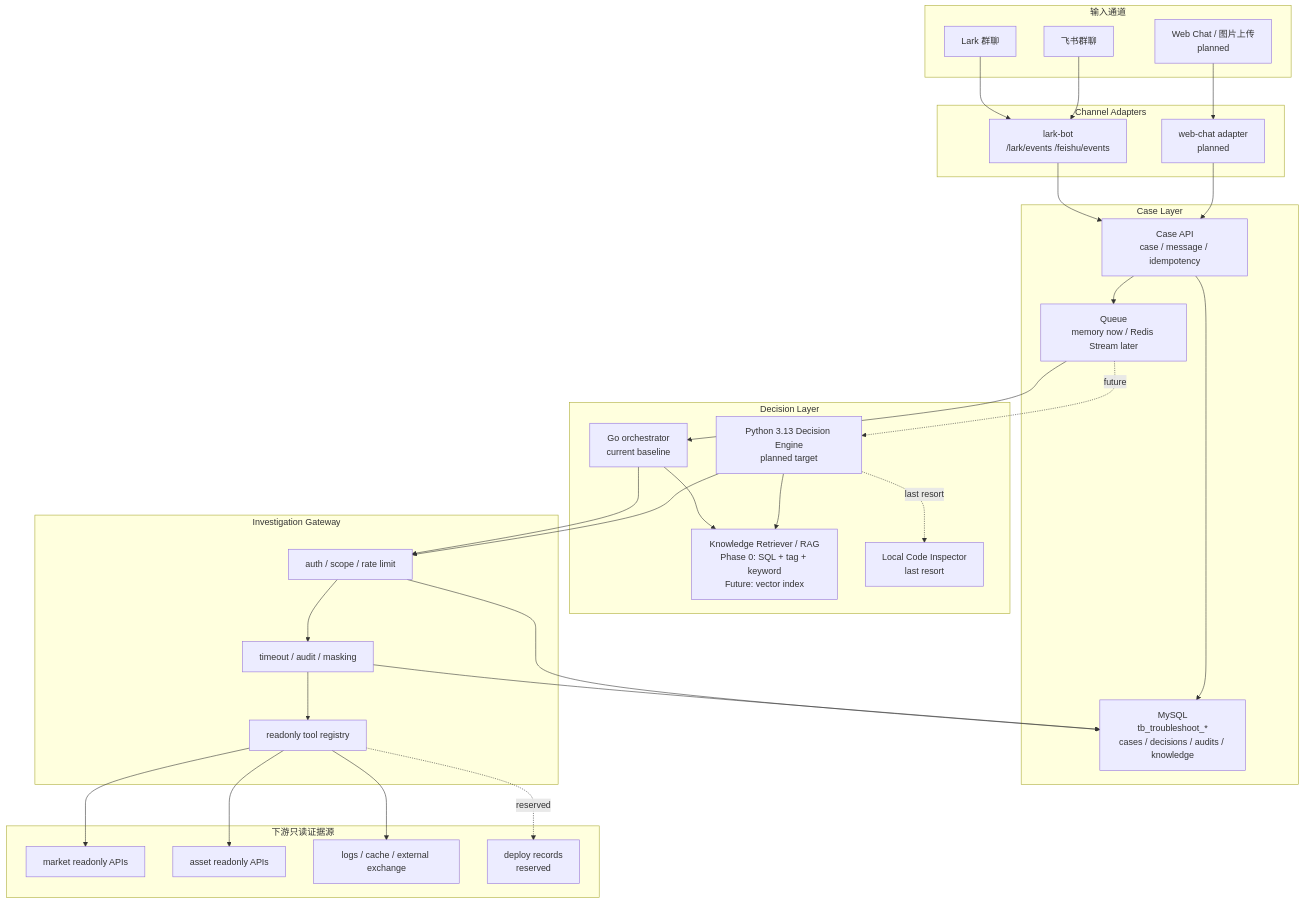
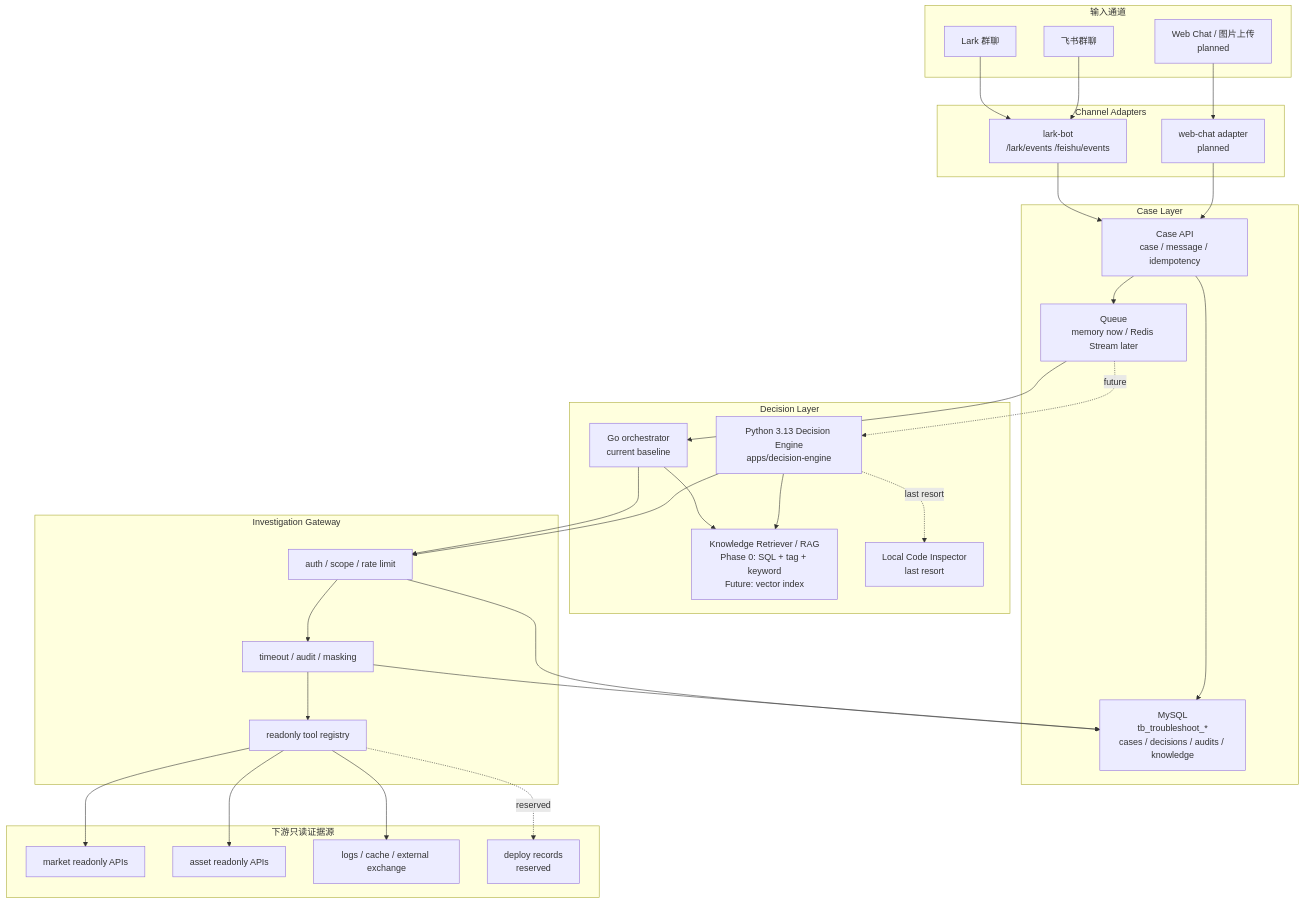
One commit to Nankis/ai-troubleshooter changed the first of 2 diagrams in README.md. Above: the diagram before and after it, drawn with Mermaid. The commit also changed other lines of this file and 14 other files, not shown here.

Commit message:
Add Python decision engine skeleton

````diff
--- a/README.md
+++ b/README.md
@@ -93,62 +93,62 @@
 ```mermaid
 flowchart TB
   subgraph Inputs["输入通道"]
     Lark["Lark 群聊"]
     Feishu["飞书群聊"]
     Web["Web Chat / 图片上传<br/>planned"]
   end
 
   subgraph Intake["Channel Adapters"]
     LarkBot["lark-bot<br/>/lark/events /feishu/events"]
     WebAdapter["web-chat adapter<br/>planned"]
   end
 
   subgraph CaseLayer["Case Layer"]
     CaseAPI["Case API<br/>case / message / idempotency"]
     Queue["Queue<br/>memory now / Redis Stream later"]
     Store["MySQL<br/>tb_troubleshoot_*<br/>cases / decisions / audits / knowledge"]
   end
 
   subgraph Brain["Decision Layer"]
     GoOrch["Go orchestrator<br/>current baseline"]
-    PyEngine["Python 3.13 Decision Engine<br/>planned target"]
+    PyEngine["Python 3.13 Decision Engine<br/>apps/decision-engine"]
     Retriever["Knowledge Retriever / RAG<br/>Phase 0: SQL + tag + keyword<br/>Future: vector index"]
     LocalCode["Local Code Inspector<br/>last resort"]
   end
 
   subgraph Gateway["Investigation Gateway"]
     Policy["auth / scope / rate limit"]
     Audit["timeout / audit / masking"]
     Registry["readonly tool registry"]
   end
 
   subgraph Downstream["下游只读证据源"]
     Market["market readonly APIs"]
     Asset["asset readonly APIs"]
     Logs["logs / cache / external exchange"]
     Deploy["deploy records<br/>reserved"]
   end
 
   Lark --> LarkBot
   Feishu --> LarkBot
   Web --> WebAdapter
   LarkBot --> CaseAPI
   WebAdapter --> CaseAPI
   CaseAPI --> Store
   CaseAPI --> Queue
   Queue --> GoOrch
   Queue -. future .-> PyEngine
   GoOrch --> Retriever
   PyEngine --> Retriever
   PyEngine -. last resort .-> LocalCode
   GoOrch --> Policy
   PyEngine --> Policy
   Policy --> Audit
   Audit --> Registry
   Registry --> Market
   Registry --> Asset
   Registry --> Logs
   Registry -. reserved .-> Deploy
   Policy --> Store
   Audit --> Store
 ```
````
